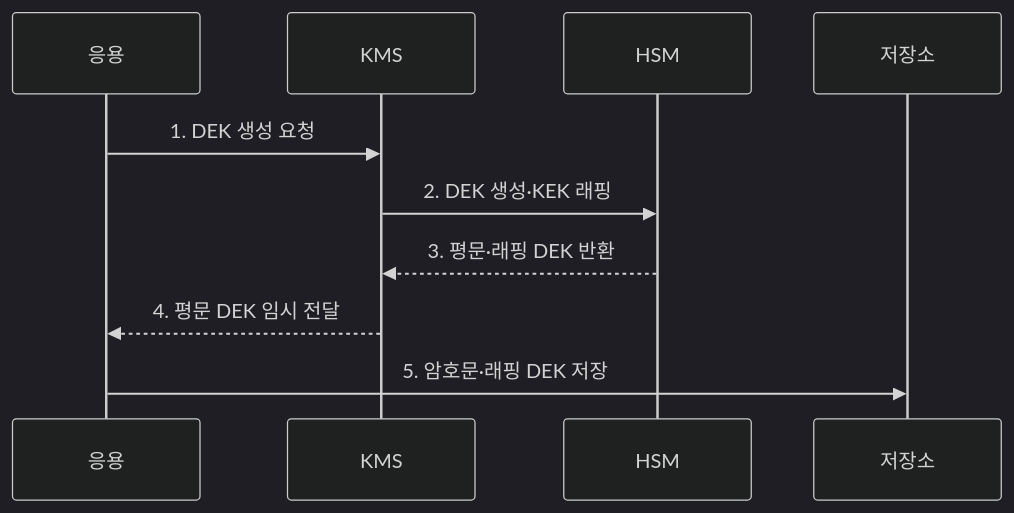
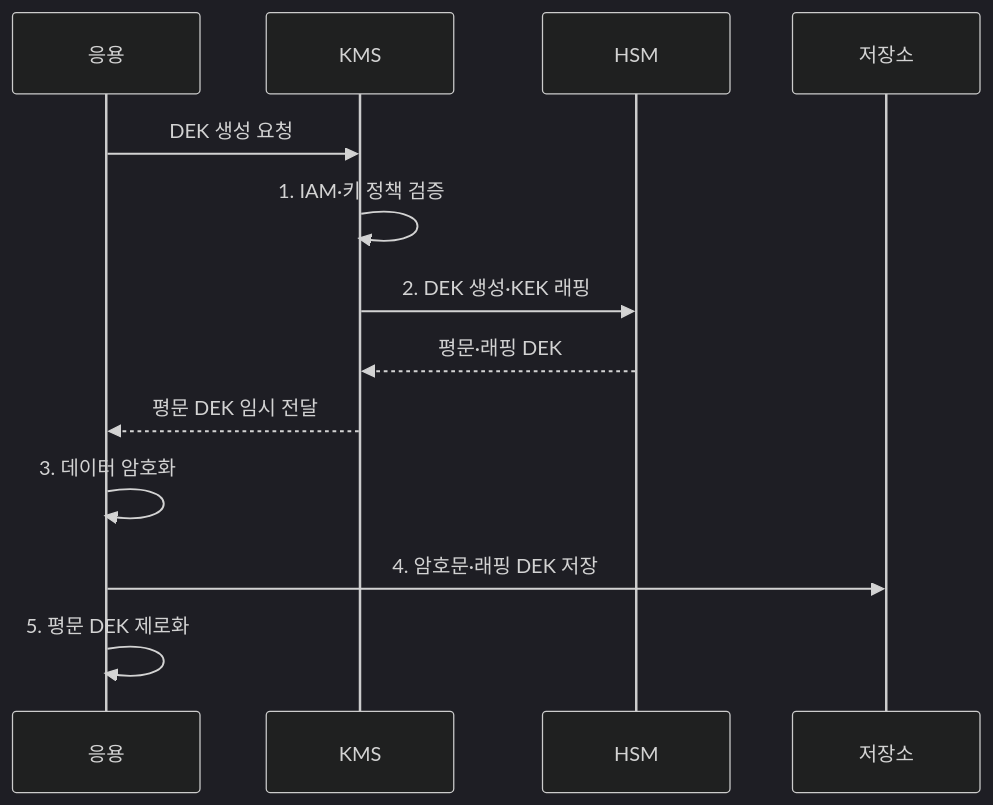
One commit to agnusdei1207/knowledge-base changed the second of 2 diagrams in src/content/docs/notes/05-security/020_key_management_hsm_kms.md. Above: the diagram before and after it, drawn with Mermaid (dark theme). The commit also changed other lines of this file and 20 other files, not shown here.

````diff
--- a/src/content/docs/notes/05-security/020_key_management_hsm_kms.md
+++ b/src/content/docs/notes/05-security/020_key_management_hsm_kms.md
@@ -89,12 +89,15 @@
 ```mermaid
 sequenceDiagram
     participant A as 응용
     participant K as KMS
     participant H as HSM
     participant S as 저장소
-    A->>K: 1. DEK 생성 요청
+    A->>K: DEK 생성 요청
+    K->>K: 1. IAM·키 정책 검증
     K->>H: 2. DEK 생성·KEK 래핑
-    H-->>K: 3. 평문·래핑 DEK 반환
-    K-->>A: 4. 평문 DEK 임시 전달
-    A->>S: 5. 암호문·래핑 DEK 저장
+    H-->>K: 평문·래핑 DEK
+    K-->>A: 평문 DEK 임시 전달
+    A->>A: 3. 데이터 암호화
+    A->>S: 4. 암호문·래핑 DEK 저장
+    A->>A: 5. 평문 DEK 제로화
 ```
````
